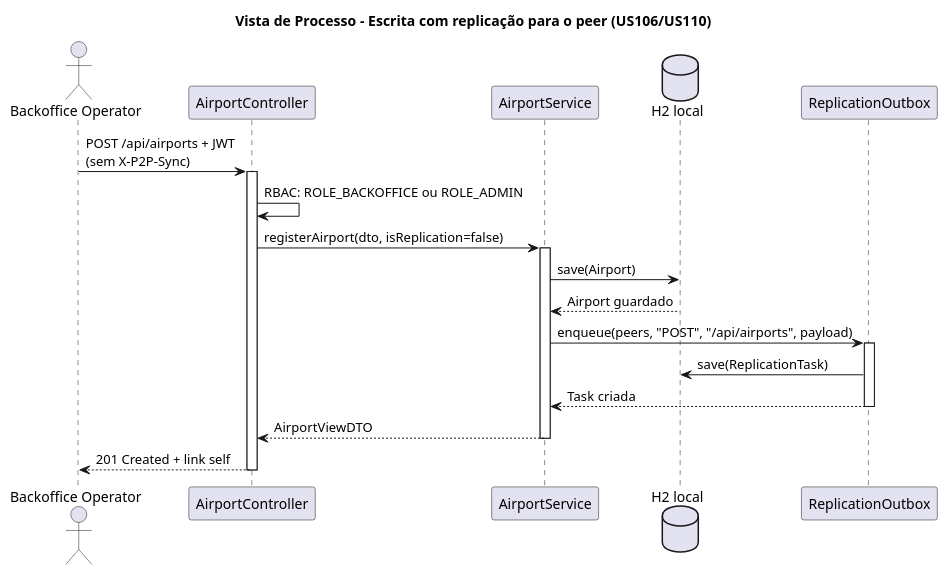
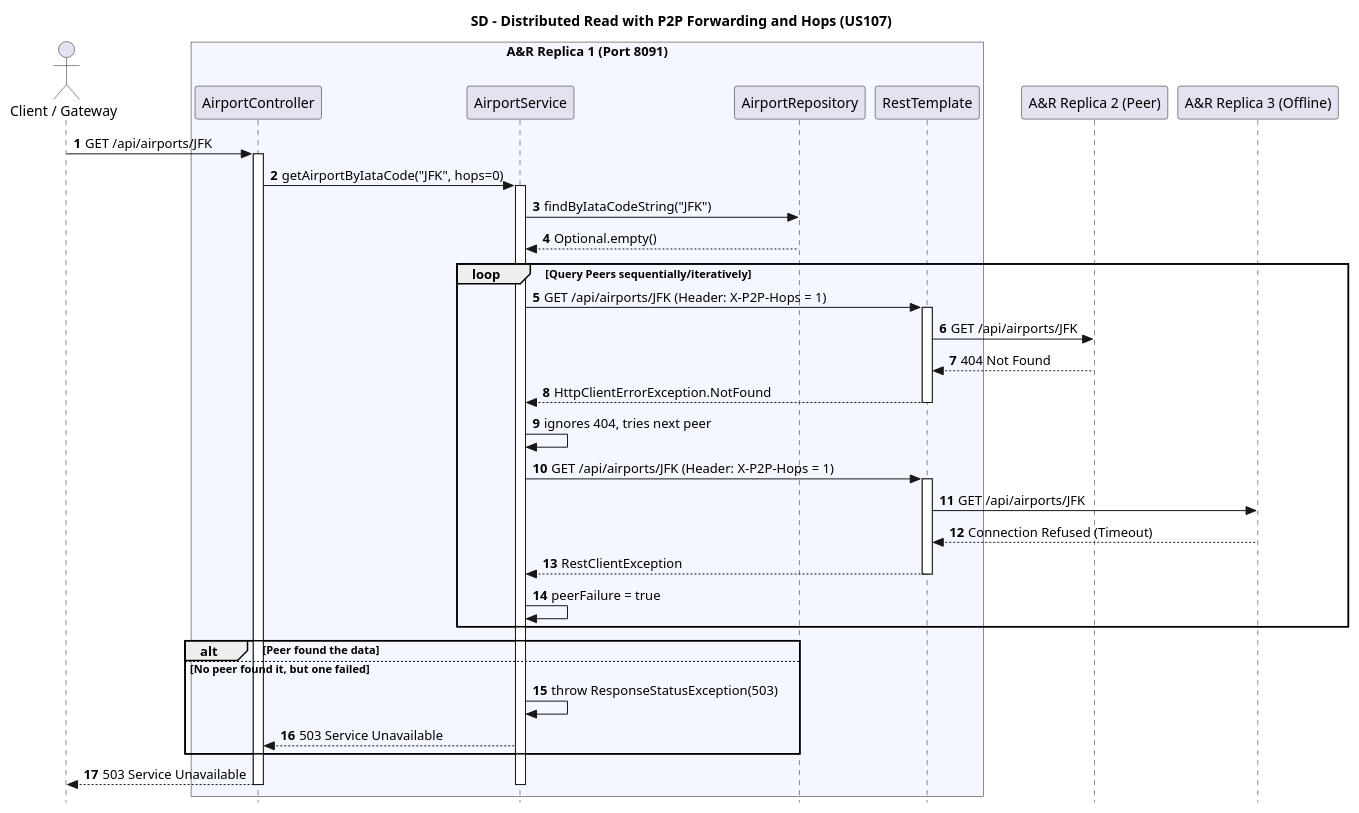
One commit to anamartasilvaa/SIDIG_AI_Safe changed the diagram in Services/Airport e Routes/airports-routes-service/docs/sd-p2p-forwarding-read.puml. Above: the diagram before and after it, drawn with PlantUML. The commit also changed 1 other file, not shown here.

Commit message:
diagramas

```diff
--- a/Services/Airport e Routes/airports-routes-service/docs/sd-p2p-forwarding-read.puml
+++ b/Services/Airport e Routes/airports-routes-service/docs/sd-p2p-forwarding-read.puml
@@ -1,32 +1,52 @@
-@startuml 05_processo_replicacao_escrita
-title Vista de Processo - Escrita com replicação para o peer (US106/US110)
-actor "Backoffice Operator" as C
-participant "AirportController" as Ctl
-participant "AirportService" as S
-database "H2 local" as DB
-participant "ReplicationOutbox" as Outbox
+@startuml sd-p2p-forwarding-read
+skinparam style strictuml
+autonumber
+title SD - Distributed Read with P2P Forwarding and Hops (US107)
 
-C -> Ctl : POST /api/airports + JWT\n(sem X-P2P-Sync)
-activate Ctl
-Ctl -> Ctl : RBAC: ROLE_BACKOFFICE ou ROLE_ADMIN
+actor "Client / Gateway" as User
+box "A&R Replica 1 (Port 8091)" #F4F7FF
+participant "AirportController" as Ctrl
+participant "AirportService" as Svc
+participant "AirportRepository" as Repo
+participant "RestTemplate" as Http
+end box
+participant "A&R Replica 2 (Peer)" as Peer2
+participant "A&R Replica 3 (Offline)" as Peer3
 
-Ctl -> S : registerAirport(dto, isReplication=false)
-activate S
+User -> Ctrl : GET /api/airports/JFK
+activate Ctrl
+Ctrl -> Svc : getAirportByIataCode("JFK", hops=0)
+activate Svc
 
-S -> DB : save(Airport)
-DB --> S : Airport guardado
+Svc -> Repo : findByIataCodeString("JFK")
+Repo --> Svc : Optional.empty()
 
-S -> Outbox : enqueue(peers, "POST", "/api/airports", payload)
-activate Outbox
-Outbox -> DB : save(ReplicationTask)
-Outbox --> S : Task criada
-deactivate Outbox
+loop Query Peers sequentially/iteratively
+    Svc -> Http : GET /api/airports/JFK (Header: X-P2P-Hops = 1)
+    activate Http
+    Http -> Peer2 : GET /api/airports/JFK
+    Peer2 --> Http : 404 Not Found
+    Http --> Svc : HttpClientErrorException.NotFound
+    deactivate Http
+    Svc -> Svc : ignores 404, tries next peer
 
-S --> Ctl : AirportViewDTO
-deactivate S
+    Svc -> Http : GET /api/airports/JFK (Header: X-P2P-Hops = 1)
+    activate Http
+    Http -> Peer3 : GET /api/airports/JFK
+    Peer3 --> Http : Connection Refused (Timeout)
+    Http --> Svc : RestClientException
+    deactivate Http
+    Svc -> Svc : peerFailure = true
+end
 
-Ctl --> C : 201 Created + link self
-deactivate Ctl
+alt Peer found the data
+else No peer found it, but one failed
+    Svc -> Svc : throw ResponseStatusException(503)
 
+    Svc --> Ctrl : 503 Service Unavailable
+end
 
+Ctrl --> User : 503 Service Unavailable
+deactivate Svc
+deactivate Ctrl
 @enduml
```
